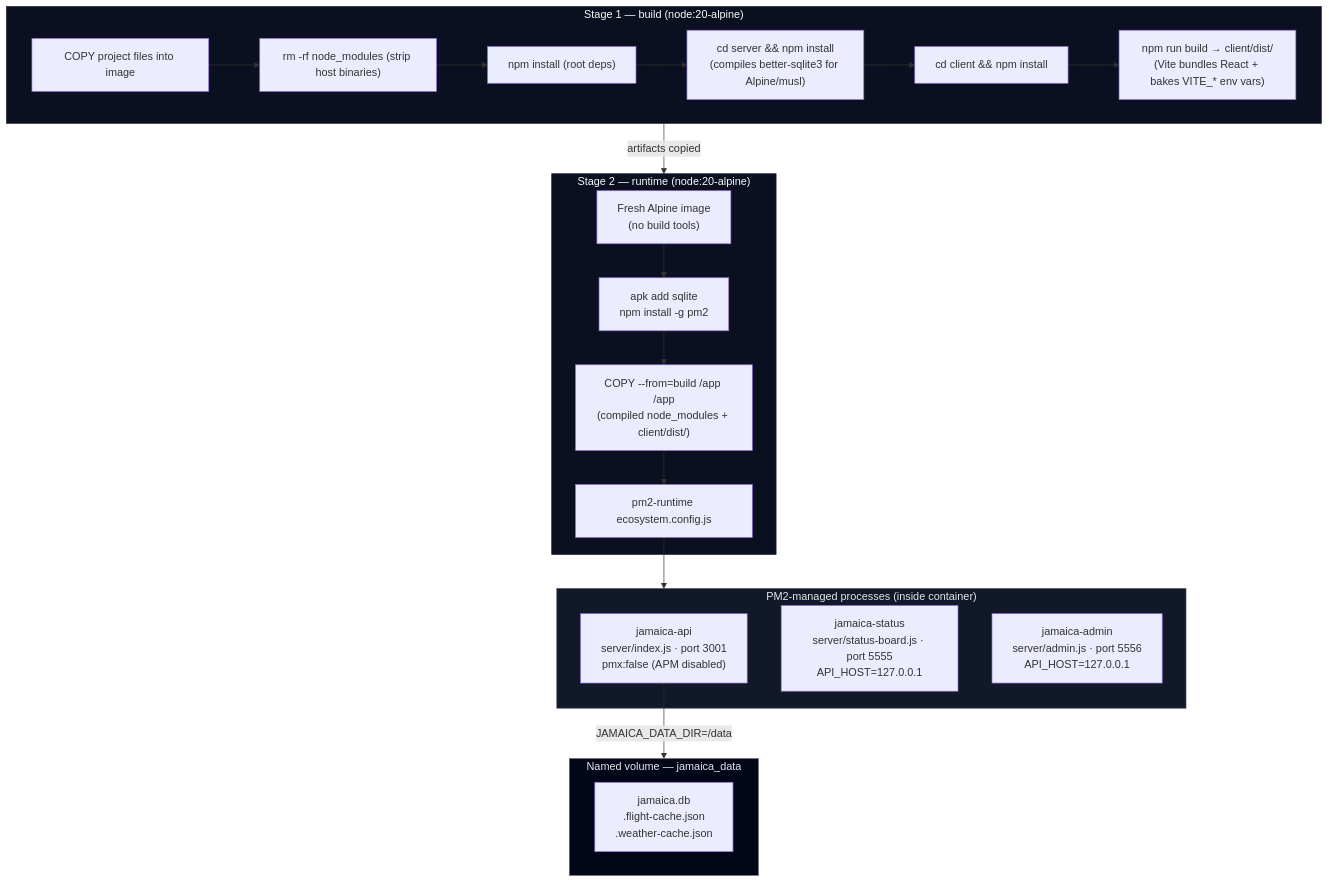
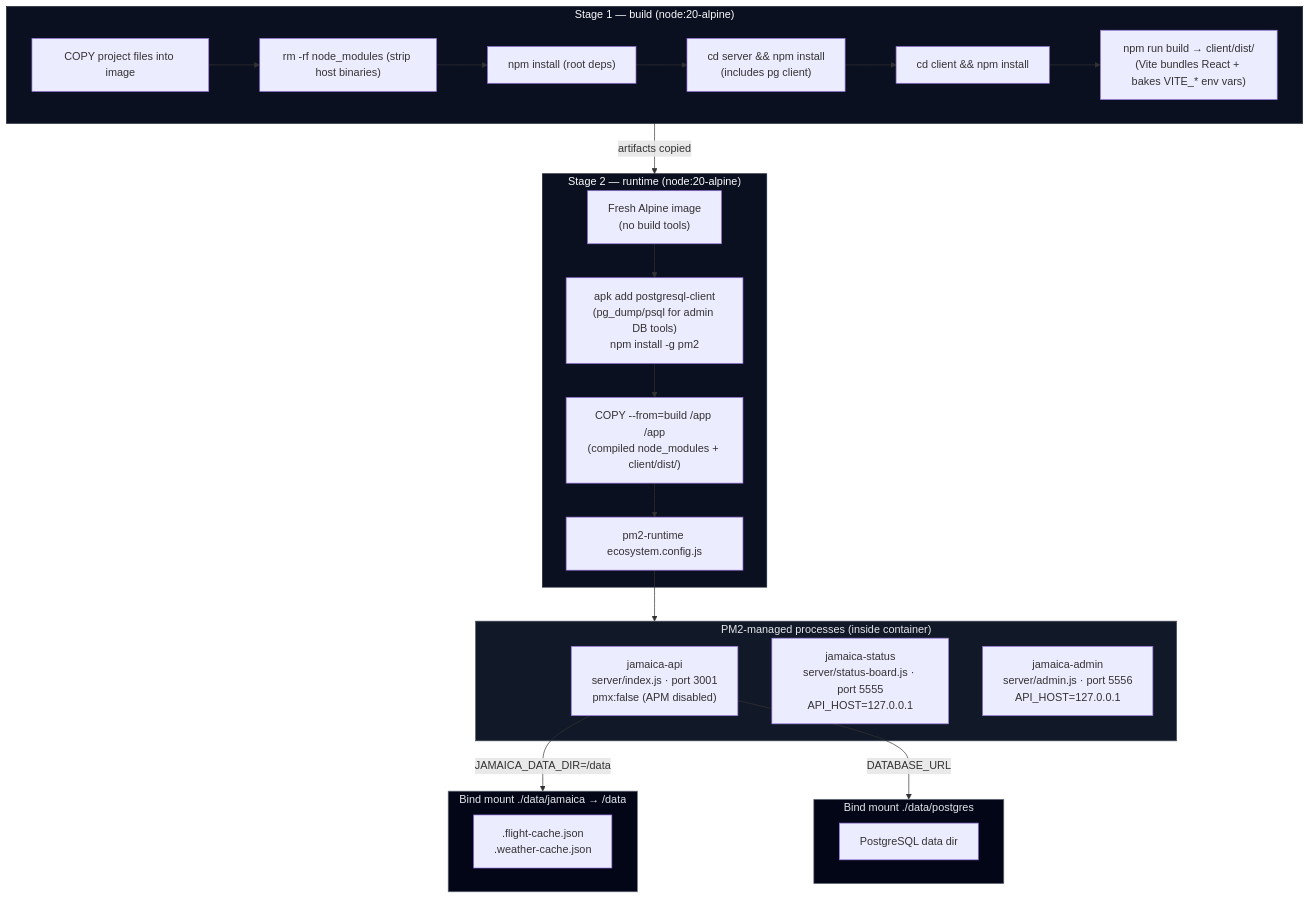
The first of 4 diagrams in docs/BUILD-PROCESS-DIAGRAM.md (becomeonewiththecode/jamaica-parish-explorer), drawn with Mermaid before and after one commit. The commit also changed other lines of this file and 54 other files, not shown here.

First line of the commit message:
feat: PostgreSQL backend, admin DB backup/restore, compose bind mounts

````diff
--- a/docs/BUILD-PROCESS-DIAGRAM.md
+++ b/docs/BUILD-PROCESS-DIAGRAM.md
@@ -9,42 +9,47 @@
 ```mermaid
 flowchart TD
   subgraph Build["Stage 1 — build (node:20-alpine)"]
     B1["COPY project files into image"]
     B2["rm -rf node_modules (strip host binaries)"]
     B3["npm install (root deps)"]
-    B4["cd server && npm install\n(compiles better-sqlite3 for Alpine/musl)"]
+    B4["cd server && npm install\n(includes pg client)"]
     B5["cd client && npm install"]
     B6["npm run build → client/dist/\n(Vite bundles React + bakes VITE_* env vars)"]
     B1 --> B2 --> B3 --> B4 --> B5 --> B6
   end
 
   subgraph Runtime["Stage 2 — runtime (node:20-alpine)"]
     R1["Fresh Alpine image\n(no build tools)"]
-    R2["apk add sqlite\nnpm install -g pm2"]
+    R2["apk add postgresql-client\n(pg_dump/psql for admin DB tools)\nnpm install -g pm2"]
     R3["COPY --from=build /app /app\n(compiled node_modules + client/dist/)"]
     R4["pm2-runtime ecosystem.config.js"]
     R1 --> R2 --> R3 --> R4
   end
 
   Build -->|"artifacts copied"| Runtime
 
   subgraph Processes["PM2-managed processes (inside container)"]
     P1["jamaica-api\nserver/index.js · port 3001\npmx:false (APM disabled)"]
     P2["jamaica-status\nserver/status-board.js · port 5555\nAPI_HOST=127.0.0.1"]
     P3["jamaica-admin\nserver/admin.js · port 5556\nAPI_HOST=127.0.0.1"]
   end
 
-  subgraph Volume["Named volume — jamaica_data"]
-    V1["jamaica.db\n.flight-cache.json\n.weather-cache.json"]
+  subgraph VolCaches["Bind mount ./data/jamaica → /data"]
+    V1[".flight-cache.json\n.weather-cache.json"]
+  end
+
+  subgraph VolPg["Bind mount ./data/postgres"]
+    PG["PostgreSQL data dir"]
   end
 
   R4 --> Processes
-  P1 -->|"JAMAICA_DATA_DIR=/data"| Volume
+  P1 -->|"JAMAICA_DATA_DIR=/data"| VolCaches
+  P1 -->|"DATABASE_URL"| VolPg
 
   classDef stage fill:#0b1020,stroke:#1f2937,color:#f9fafb;
   classDef proc fill:#111827,stroke:#4b5563,color:#e5e7eb;
   classDef vol fill:#020617,stroke:#6b7280,color:#e5e7eb;
   class Build,Runtime stage;
   class Processes proc;
-  class Volume vol;
+  class VolCaches,VolPg vol;
 ```
````
